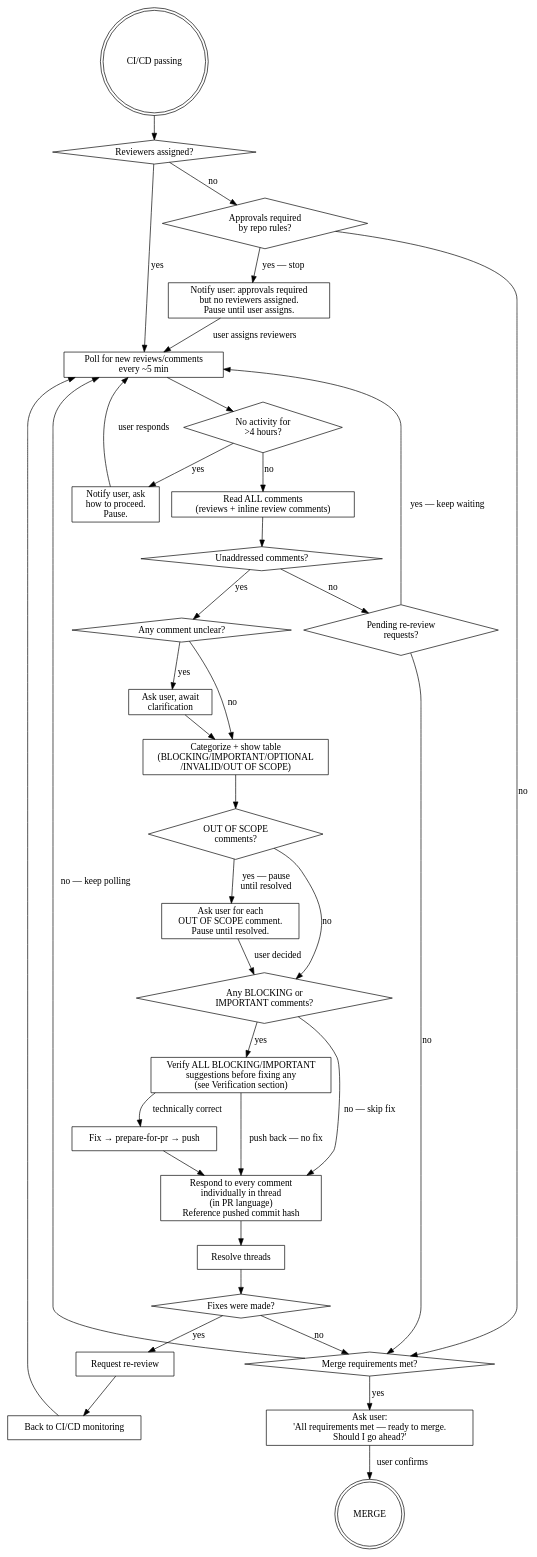
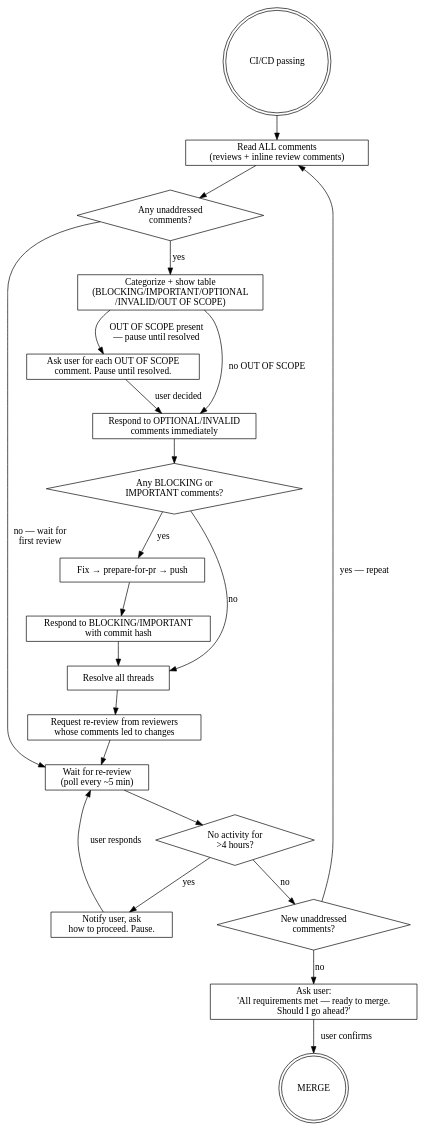
The second of 2 diagrams in plugins/developer-workflow/skills/pr-drive-to-merge/SKILL.md (kirich1409/maven-central-mcp), drawn with Graphviz before and after one commit. The commit also changed other lines of this file, not shown here.

Commit message:
refactor(pr-drive-to-merge): redesign review cycle to a clean 5-step loop
Replace the sprawling review diagram with a clear sequential flow:
1. Read all comments → respond (OPTIONAL/INVALID immediately)
2. Fix BLOCKING/IMPORTANT → push (prepare-for-pr) → respond with hash
3. Resolve all threads
4. Request re-review from reviewers whose comments led to changes
5. Wait → if new comments, repeat from step 1; otherwise confirm merge

Removes: separate merge_check node, pending_rereview check, ci_loop
back-edge, clarify/ask_clarify nodes, and the initial
reviewers-assigned gate — all replaced by the simpler wait→new_comments
loop.

````diff
--- a/plugins/developer-workflow/skills/pr-drive-to-merge/SKILL.md
+++ b/plugins/developer-workflow/skills/pr-drive-to-merge/SKILL.md
@@ -75,68 +75,45 @@
 ```dot
 digraph review {
     rankdir=TB;
 
     start [label="CI/CD passing", shape=doublecircle];
-    reviewers [label="Reviewers assigned?", shape=diamond];
-    approvals_req [label="Approvals required\nby repo rules?", shape=diamond];
-    ask_assign [label="Notify user: approvals required\nbut no reviewers assigned.\nPause until user assigns.", shape=box];
-    wait [label="Poll for new reviews/comments\nevery ~5 min", shape=box];
+    read_all [label="Read ALL comments\n(reviews + inline review comments)", shape=box];
+    any_comments [label="Any unaddressed\ncomments?", shape=diamond];
+    categorize [label="Categorize + show table\n(BLOCKING/IMPORTANT/OPTIONAL\n/INVALID/OUT OF SCOPE)", shape=box];
+    ask_oos [label="Ask user for each OUT OF SCOPE\ncomment. Pause until resolved.", shape=box];
+    respond_optional [label="Respond to OPTIONAL/INVALID\ncomments immediately", shape=box];
+    any_fix [label="Any BLOCKING or\nIMPORTANT comments?", shape=diamond];
+    push [label="Fix → prepare-for-pr → push", shape=box];
+    respond_fixed [label="Respond to BLOCKING/IMPORTANT\nwith commit hash", shape=box];
+    resolve [label="Resolve all threads", shape=box];
+    rereview [label="Request re-review from reviewers\nwhose comments led to changes", shape=box];
+    wait [label="Wait for re-review\n(poll every ~5 min)", shape=box];
     stale_check [label="No activity for\n>4 hours?", shape=diamond];
-    notify_stale [label="Notify user, ask\nhow to proceed.\nPause.", shape=box];
-    read_all [label="Read ALL comments\n(reviews + inline review comments)", shape=box];
-    any_comments [label="Unaddressed comments?", shape=diamond];
-    clarify [label="Any comment unclear?", shape=diamond];
-    ask_clarify [label="Ask user, await\nclarification", shape=box];
-    categorize [label="Categorize + show table\n(BLOCKING/IMPORTANT/OPTIONAL\n/INVALID/OUT OF SCOPE)", shape=box];
-    oos [label="OUT OF SCOPE\ncomments?", shape=diamond];
-    ask_oos [label="Ask user for each\nOUT OF SCOPE comment.\nPause until resolved.", shape=box];
-    any_fix [label="Any BLOCKING or\nIMPORTANT comments?", shape=diamond];
-    verify [label="Verify ALL BLOCKING/IMPORTANT\nsuggestions before fixing any\n(see Verification section)", shape=box];
-    fix [label="Fix → prepare-for-pr → push", shape=box];
-    respond [label="Respond to every comment\nindividually in thread\n(in PR language)\nReference pushed commit hash", shape=box];
-    resolve [label="Resolve threads", shape=box];
-    fixes_made [label="Fixes were made?", shape=diamond];
-    rereview [label="Request re-review", shape=box];
-    ci_loop [label="Back to CI/CD monitoring", shape=box];
-    pending_rereview [label="Pending re-review\nrequests?", shape=diamond];
-    merge_check [label="Merge requirements met?", shape=diamond];
+    notify_stale [label="Notify user, ask\nhow to proceed. Pause.", shape=box];
+    new_comments [label="New unaddressed\ncomments?", shape=diamond];
     confirm_merge [label="Ask user:\n'All requirements met — ready to merge.\nShould I go ahead?'", shape=box];
     done [label="MERGE", shape=doublecircle];
 
-    start -> reviewers;
-    reviewers -> approvals_req [label="no"];
-    approvals_req -> ask_assign [label="yes — stop"];
-    approvals_req -> merge_check [label="no"];
-    ask_assign -> wait [label="user assigns reviewers"];
-    reviewers -> wait [label="yes"];
+    start -> read_all;
+    read_all -> any_comments;
+    any_comments -> categorize [label="yes"];
+    any_comments -> wait [label="no — wait for\nfirst review"];
+    categorize -> ask_oos [label="OUT OF SCOPE present\n— pause until resolved"];
+    ask_oos -> respond_optional [label="user decided"];
+    categorize -> respond_optional [label="no OUT OF SCOPE"];
+    respond_optional -> any_fix;
+    any_fix -> push [label="yes"];
+    any_fix -> resolve [label="no"];
+    push -> respond_fixed;
+    respond_fixed -> resolve;
+    resolve -> rereview;
+    rereview -> wait;
     wait -> stale_check;
     stale_check -> notify_stale [label="yes"];
     notify_stale -> wait [label="user responds"];
-    stale_check -> read_all [label="no"];
-    read_all -> any_comments;
-    any_comments -> clarify [label="yes"];
-    any_comments -> pending_rereview [label="no"];
-    clarify -> categorize [label="no"];
-    clarify -> ask_clarify [label="yes"];
-    ask_clarify -> categorize;
-    categorize -> oos;
-    oos -> ask_oos [label="yes — pause\nuntil resolved"];
-    oos -> any_fix [label="no"];
-    ask_oos -> any_fix [label="user decided"];
-    any_fix -> verify [label="yes"];
-    any_fix -> respond [label="no — skip fix"];
-    verify -> fix [label="technically correct"];
-    verify -> respond [label="push back — no fix"];
-    fix -> respond;
-    respond -> resolve;
-    resolve -> fixes_made;
-    fixes_made -> rereview [label="yes"];
-    fixes_made -> merge_check [label="no"];
-    rereview -> ci_loop -> wait;
-    pending_rereview -> wait [label="yes — keep waiting"];
-    pending_rereview -> merge_check [label="no"];
-    merge_check -> confirm_merge [label="yes"];
-    merge_check -> wait [label="no — keep polling"];
+    stale_check -> new_comments [label="no"];
+    new_comments -> read_all [label="yes — repeat"];
+    new_comments -> confirm_merge [label="no"];
     confirm_merge -> done [label="user confirms"];
 }
 ```
````
